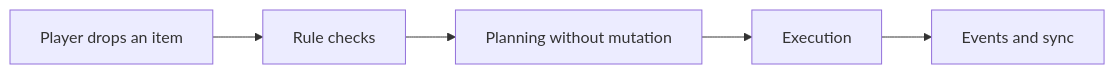
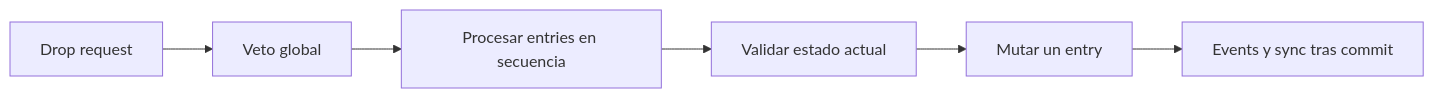
The diagram in .docs/content/architecture/transfer-pipeline.es.md (SergeevSergey99/DragAndDropSystem-Docs), drawn with Mermaid before and after one commit. The commit also changed other lines of this file and 32 other files, not shown here.

````diff
--- a/.docs/content/architecture/transfer-pipeline.es.md
+++ b/.docs/content/architecture/transfer-pipeline.es.md
@@ -17,7 +13,8 @@
 ```mermaid
 flowchart LR
-    A["Player drops an item"] --> B["Rule checks"]
-    B --> C["Planning without mutation"]
-    C --> D["Execution"]
-    D --> E["Events and sync"]
+    A["Drop request"] --> B["Veto global"]
+    B --> C["Procesar entries en secuencia"]
+    C --> D["Validar estado actual"]
+    D --> E["Mutar un entry"]
+    E --> F["Events y sync tras commit"]
 ```
````
